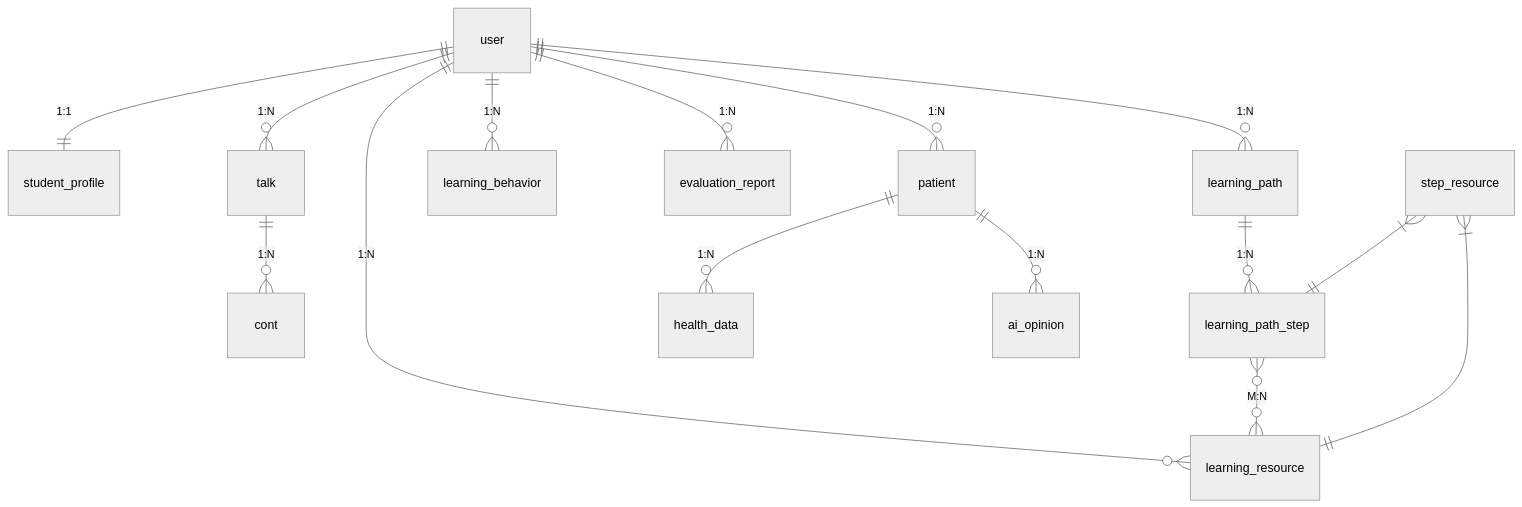
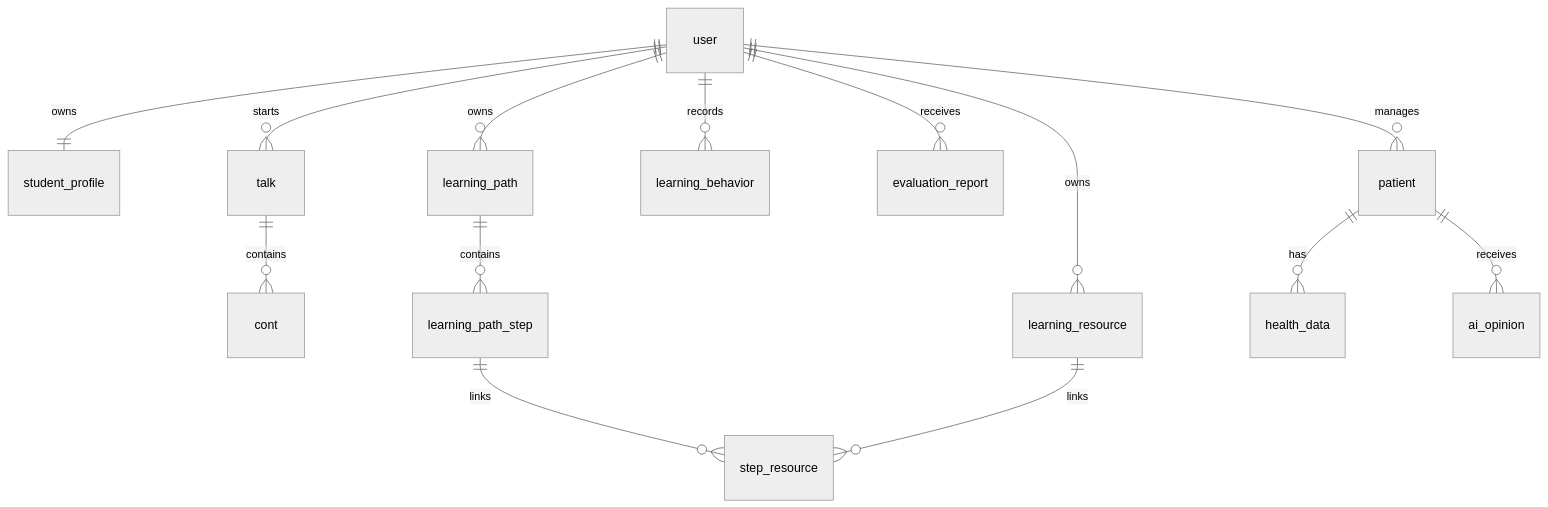
Before and after one commit to AttentionCoo/learning-characterizing-mas: the diagram in docs/architecture/数据库设计手册.md, drawn with Mermaid (neutral theme). The commit also changed other lines of this file and 6 other files, not shown here.

````diff
--- a/docs/architecture/数据库设计手册.md
+++ b/docs/architecture/数据库设计手册.md
@@ -48,18 +53,19 @@
 ```mermaid
 erDiagram
-    user ||--|| student_profile : "1:1"
-    user ||--o{ talk : "1:N"
-    user ||--o{ learning_resource : "1:N"
-    user ||--o{ learning_path : "1:N"
-    user ||--o{ learning_behavior : "1:N"
-    user ||--o{ evaluation_report : "1:N"
-    user ||--o{ patient : "1:N"
+    user ||--|| student_profile : owns
+    user ||--o{ talk : starts
+    talk ||--o{ cont : contains
 
-    talk ||--o{ cont : "1:N"
-    learning_path ||--o{ learning_path_step : "1:N"
-    learning_path_step }o--o{ learning_resource : "M:N"
-    step_resource }|--|| learning_path_step : ""
-    step_resource }|--|| learning_resource : ""
-    patient ||--o{ health_data : "1:N"
-    patient ||--o{ ai_opinion : "1:N"
+    user ||--o{ learning_resource : owns
+    user ||--o{ learning_path : owns
+    learning_path ||--o{ learning_path_step : contains
+    learning_path_step ||--o{ step_resource : links
+    learning_resource ||--o{ step_resource : links
+
+    user ||--o{ learning_behavior : records
+    user ||--o{ evaluation_report : receives
+
+    user ||--o{ patient : manages
+    patient ||--o{ health_data : has
+    patient ||--o{ ai_opinion : receives
 ```
````
